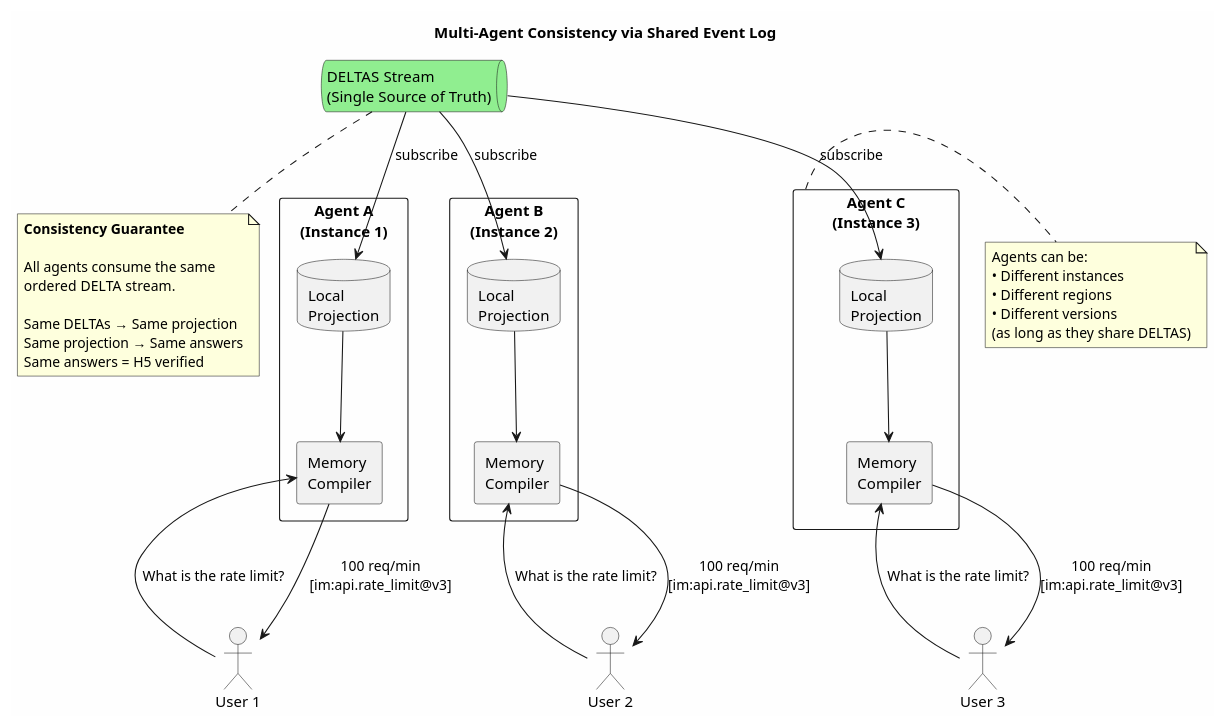
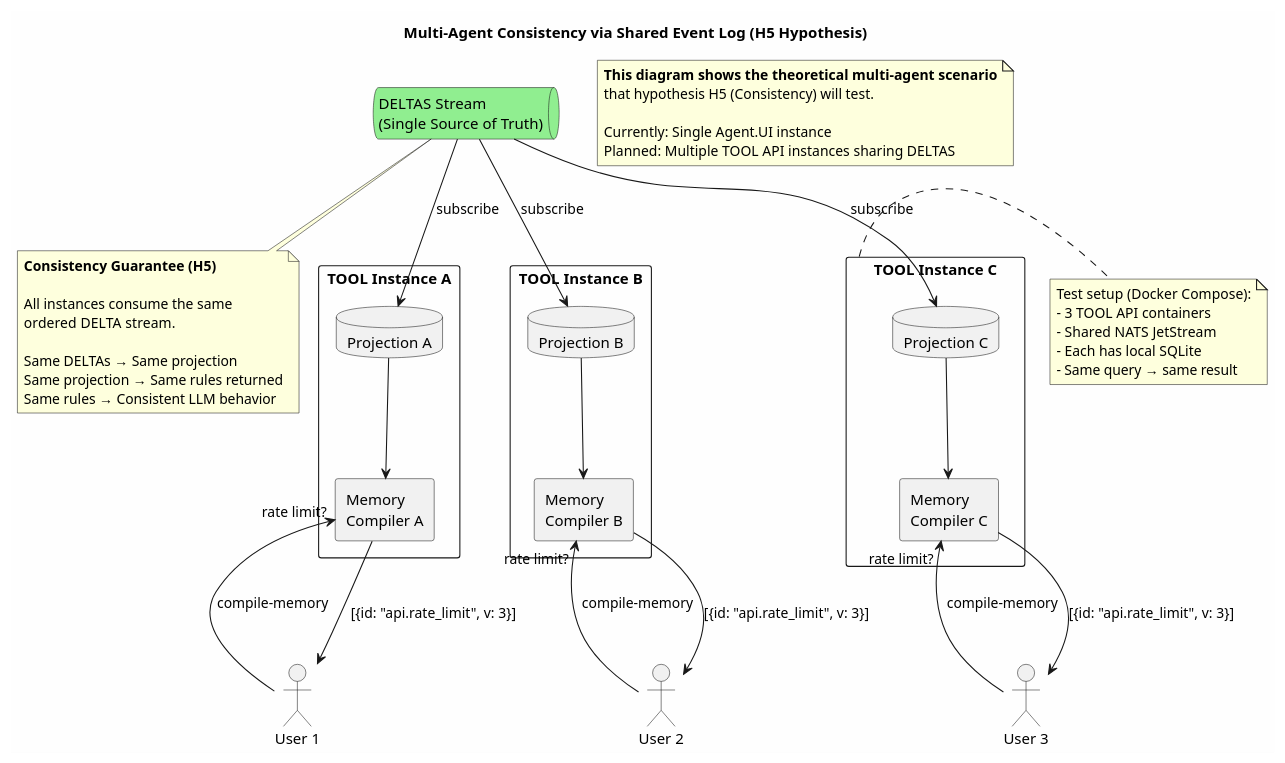
The diagram in diagrams/multi_agent_consistency.puml (ravvnen/TOOL), drawn with PlantUML before and after one commit. The commit also changed 5 other files, not shown here.

First line of the commit message:
Fix PlantUML diagrams to reflect actual architecture

```diff
--- a/diagrams/multi_agent_consistency.puml
+++ b/diagrams/multi_agent_consistency.puml
@@ -1,68 +1,76 @@
 @startuml MultiAgentConsistency
-title Multi-Agent Consistency via Shared Event Log
+title Multi-Agent Consistency via Shared Event Log (H5 Hypothesis)
 
 skinparam backgroundColor #FEFEFE
+
+note as N1
+  **This diagram shows the theoretical multi-agent scenario**
+  that hypothesis H5 (Consistency) will test.
+
+  Currently: Single Agent.UI instance
+  Planned: Multiple TOOL API instances sharing DELTAS
+end note
 
 ' Central event log
 queue "DELTAS Stream\n(Single Source of Truth)" as DELTAS #LightGreen
 
-' Multiple agents
-rectangle "Agent A\n(Instance 1)" as A {
-    database "Local\nProjection" as DB_A
-    rectangle "Memory\nCompiler" as MC_A
+' Multiple TOOL API instances
+rectangle "TOOL Instance A" as A {
+    database "Projection A" as DB_A
+    rectangle "Memory\nCompiler A" as MC_A
 }
 
-rectangle "Agent B\n(Instance 2)" as B {
-    database "Local\nProjection" as DB_B
-    rectangle "Memory\nCompiler" as MC_B
+rectangle "TOOL Instance B" as B {
+    database "Projection B" as DB_B
+    rectangle "Memory\nCompiler B" as MC_B
 }
 
-rectangle "Agent C\n(Instance 3)" as C {
-    database "Local\nProjection" as DB_C
-    rectangle "Memory\nCompiler" as MC_C
+rectangle "TOOL Instance C" as C {
+    database "Projection C" as DB_C
+    rectangle "Memory\nCompiler C" as MC_C
 }
 
 ' Subscriptions
 DELTAS --> DB_A : subscribe
 DELTAS --> DB_B : subscribe
 DELTAS --> DB_C : subscribe
 
 ' Internal flows
 DB_A --> MC_A
 DB_B --> MC_B
 DB_C --> MC_C
 
-' User queries
+' User queries (via different frontends)
 actor "User 1" as U1
 actor "User 2" as U2
 actor "User 3" as U3
 
-U1 --> MC_A : "What is the rate limit?"
-U2 --> MC_B : "What is the rate limit?"
-U3 --> MC_C : "What is the rate limit?"
+U1 --> MC_A : compile-memory\n"rate limit?"
+U2 --> MC_B : compile-memory\n"rate limit?"
+U3 --> MC_C : compile-memory\n"rate limit?"
 
-' Responses (same)
-MC_A --> U1 : "100 req/min\n[im:api.rate_limit@v3]"
-MC_B --> U2 : "100 req/min\n[im:api.rate_limit@v3]"
-MC_C --> U3 : "100 req/min\n[im:api.rate_limit@v3]"
+' Responses (same rules retrieved)
+MC_A --> U1 : [{id: "api.rate_limit", v: 3}]
+MC_B --> U2 : [{id: "api.rate_limit", v: 3}]
+MC_C --> U3 : [{id: "api.rate_limit", v: 3}]
 
 note bottom of DELTAS
-  **Consistency Guarantee**
+  **Consistency Guarantee (H5)**
 
-  All agents consume the same
+  All instances consume the same
   ordered DELTA stream.
 
   Same DELTAs → Same projection
-  Same projection → Same answers
-  Same answers = H5 verified
+  Same projection → Same rules returned
+  Same rules → Consistent LLM behavior
 end note
 
 note right of C
-  Agents can be:
-  • Different instances
-  • Different regions
-  • Different versions
-  (as long as they share DELTAS)
+  Test setup (Docker Compose):
+  - 3 TOOL API containers
+  - Shared NATS JetStream
+  - Each has local SQLite
+  - Same query → same result
 end note
 
 @enduml
```
